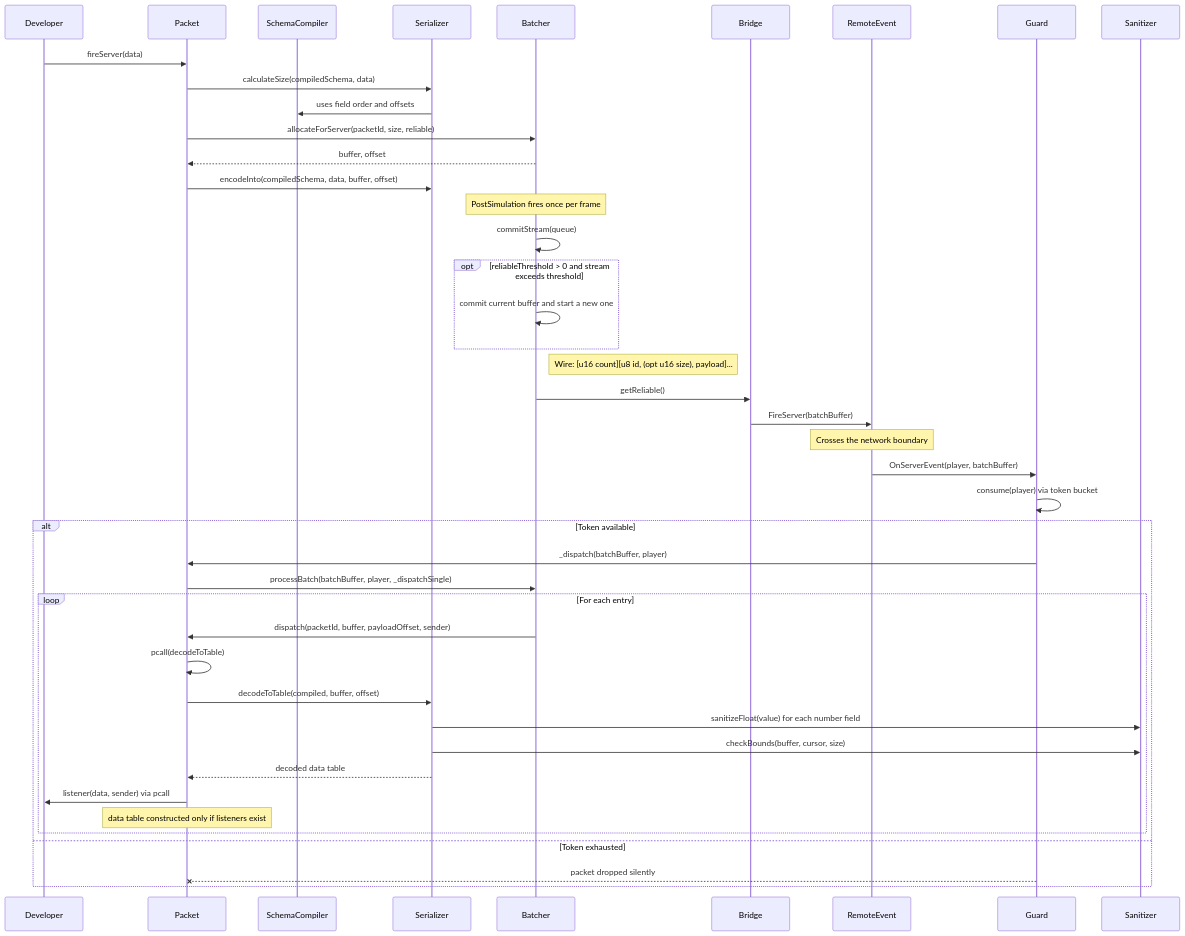
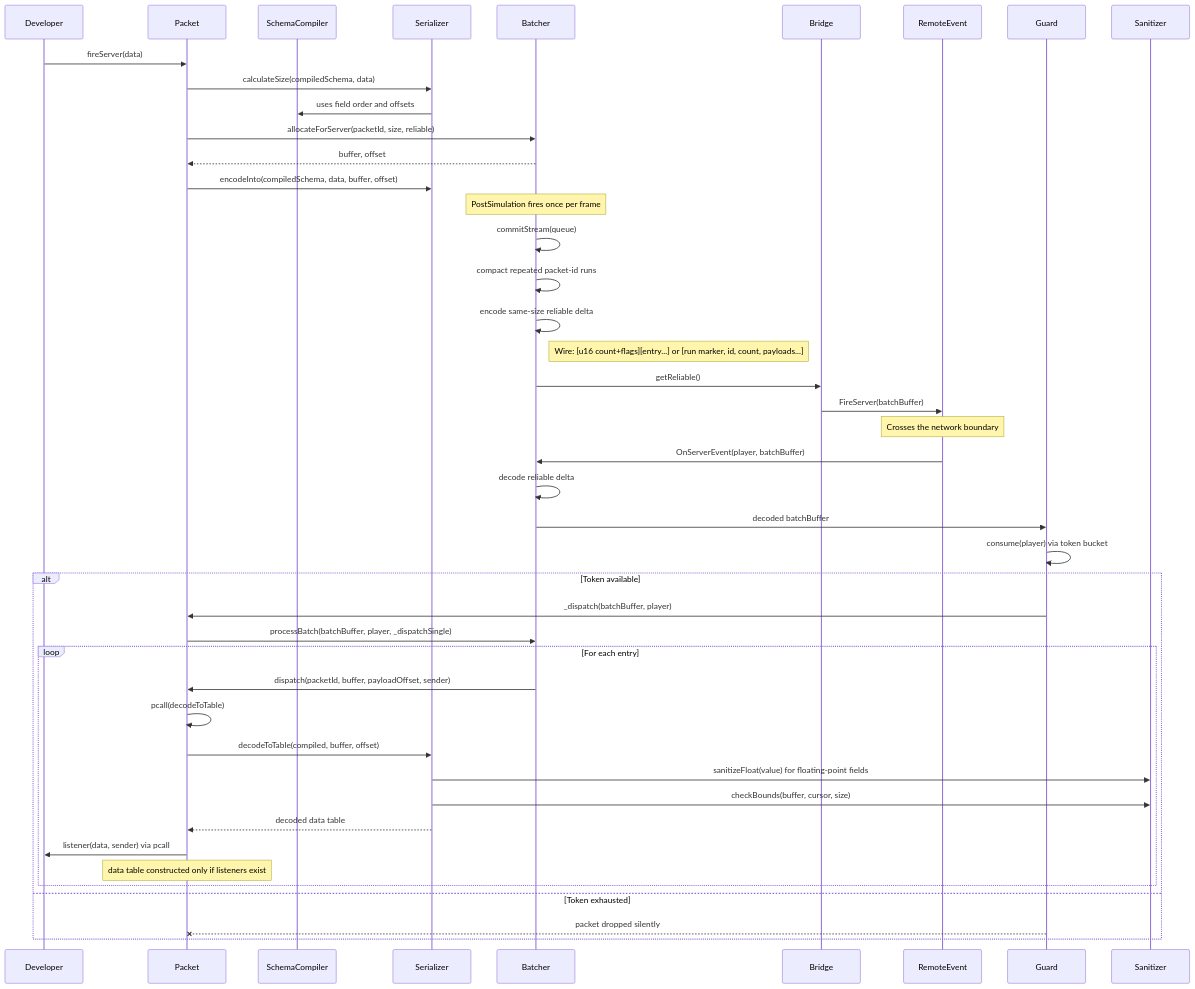
One commit to bookek/satset changed the first of 2 diagrams in docs/guide/architecture.md. Above: the diagram before and after it, drawn with Mermaid. The commit also changed other lines of this file and 15 other files, not shown here.

````diff
--- a/docs/guide/architecture.md
+++ b/docs/guide/architecture.md
@@ -22,50 +22,51 @@
 ```mermaid
 sequenceDiagram
     participant Dev as Developer
     participant PK as Packet
     participant SC as SchemaCompiler
     participant SR as Serializer
     participant BT as Batcher
     participant BR as Bridge
     participant RE as RemoteEvent
     participant GD as Guard
     participant SN as Sanitizer
 
     Dev->>PK: fireServer(data)
     PK->>SR: calculateSize(compiledSchema, data)
     SR->>SC: uses field order and offsets
     PK->>BT: allocateForServer(packetId, size, reliable)
     BT-->>PK: buffer, offset
     PK->>SR: encodeInto(compiledSchema, data, buffer, offset)
 
     Note over BT: PostSimulation fires once per frame
 
     BT->>BT: commitStream(queue)
-    opt reliableThreshold > 0 and stream exceeds threshold
-        BT->>BT: commit current buffer and start a new one
-    end
-    Note right of BT: Wire: [u16 count][u8 id, (opt u16 size), payload]...
+    BT->>BT: compact repeated packet-id runs
+    BT->>BT: encode same-size reliable delta
+    Note right of BT: Wire: [u16 count+flags][entry...] or [run marker, id, count, payloads...]
     BT->>BR: getReliable()
     BR->>RE: FireServer(batchBuffer)
 
     Note over RE: Crosses the network boundary
 
-    RE->>GD: OnServerEvent(player, batchBuffer)
+    RE->>BT: OnServerEvent(player, batchBuffer)
+    BT->>BT: decode reliable delta
+    BT->>GD: decoded batchBuffer
     GD->>GD: consume(player) via token bucket
     alt Token available
         GD->>PK: _dispatch(batchBuffer, player)
         PK->>BT: processBatch(batchBuffer, player, _dispatchSingle)
         loop For each entry
             BT->>PK: dispatch(packetId, buffer, payloadOffset, sender)
             PK->>PK: pcall(decodeToTable)
             PK->>SR: decodeToTable(compiled, buffer, offset)
-            SR->>SN: sanitizeFloat(value) for each number field
+            SR->>SN: sanitizeFloat(value) for floating-point fields
             SR->>SN: checkBounds(buffer, cursor, size)
             SR-->>PK: decoded data table
             PK->>Dev: listener(data, sender) via pcall
             Note over PK: data table constructed only if listeners exist
         end
     else Token exhausted
         GD--xPK: packet dropped silently
     end
 ```
````
